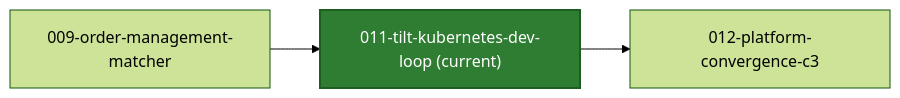
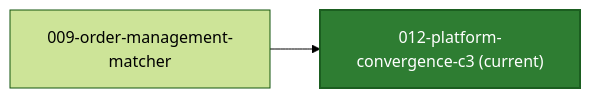
The second of 2 diagrams in README.md (azure-octo/traderX), drawn with Mermaid (forest theme) before and after one commit. The commit also changed other lines of this file and 26 other files, not shown here.

First line of the commit message:
snapshot: 012-platform-convergence-c3 generated from a41e87908ebf8e9d2cd385280eacced32887bb1e

````diff
--- a/README.md
+++ b/README.md
@@ -52,12 +53,9 @@
 ```mermaid
 flowchart LR
-  C_CUR["011-tilt-kubernetes-dev-loop (current)"]
+  C_CUR["012-platform-convergence-c3 (current)"]
   style C_CUR fill:#2e7d32,stroke:#1b5e20,color:#ffffff,stroke-width:2px
   C_PREV_009_order_management_matcher["009-order-management-matcher"] --> C_CUR
   click C_PREV_009_order_management_matcher href "https://github.com/finos/traderX/tree/code%2Fgenerated-state-009-order-management-matcher" "Open branch"
-  %% compare: https://github.com/finos/traderX/compare/code%2Fgenerated-state-009-order-management-matcher...code%2Fgenerated-state-011-tilt-kubernetes-dev-loop
-  C_CUR --> C_NEXT_012_platform_convergence_c3["012-platform-convergence-c3"]
-  click C_NEXT_012_platform_convergence_c3 href "https://github.com/finos/traderX/tree/code%2Fgenerated-state-012-platform-convergence-c3" "Open branch"
-  %% compare: https://github.com/finos/traderX/compare/code%2Fgenerated-state-011-tilt-kubernetes-dev-loop...code%2Fgenerated-state-012-platform-convergence-c3
-  click C_CUR href "https://github.com/finos/traderX/tree/code%2Fgenerated-state-011-tilt-kubernetes-dev-loop" "Open current branch"
+  %% compare: https://github.com/finos/traderX/compare/code%2Fgenerated-state-009-order-management-matcher...code%2Fgenerated-state-012-platform-convergence-c3
+  click C_CUR href "https://github.com/finos/traderX/tree/code%2Fgenerated-state-012-platform-convergence-c3" "Open current branch"
 ```
````
